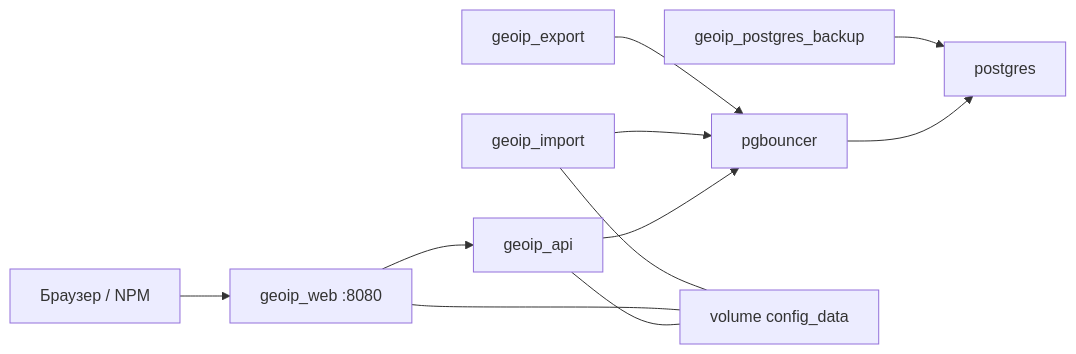
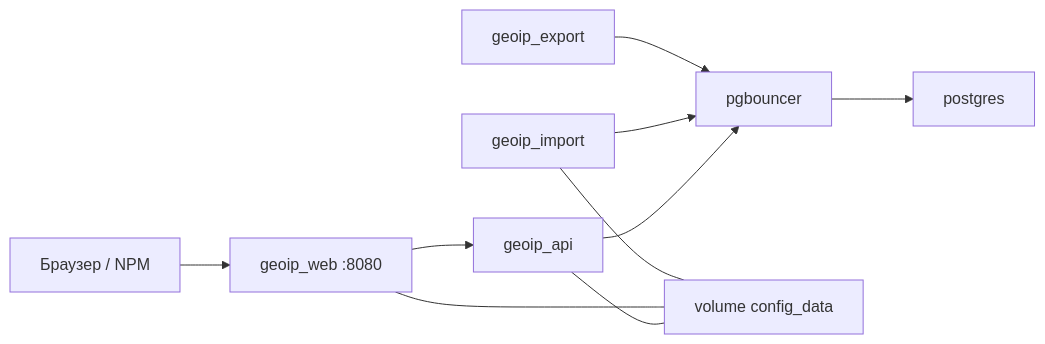
One commit to finenumbers/geoip changed the diagram in docs/PORTAINER.md. Above: the diagram before and after it, drawn with Mermaid. The commit also changed other lines of this file and 52 other files, not shown here.

````diff
--- a/docs/PORTAINER.md
+++ b/docs/PORTAINER.md
@@ -82,13 +80,12 @@
 ```mermaid
 flowchart LR
   User["Браузер / NPM"] --> Web["geoip_web :8080"]
   Web --> API["geoip_api"]
   API --> PgB["pgbouncer"]
   PgB --> PG["postgres"]
   Import["geoip_import"] --> PgB
   Export["geoip_export"] --> PgB
-  Backup["geoip_postgres_backup"] --> PG
   API --- Config["volume config_data"]
   Web --- Config
   Import --- Config
 ```
````
